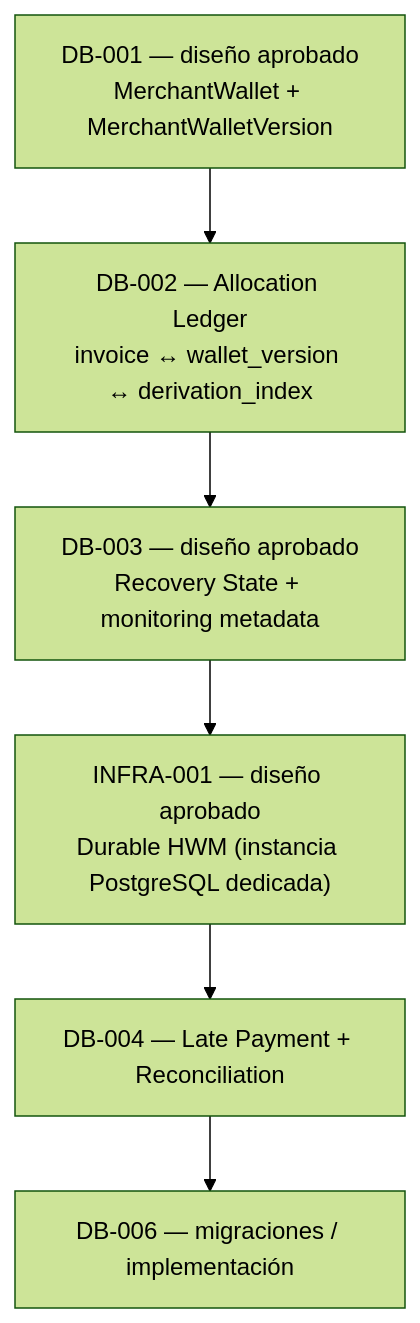
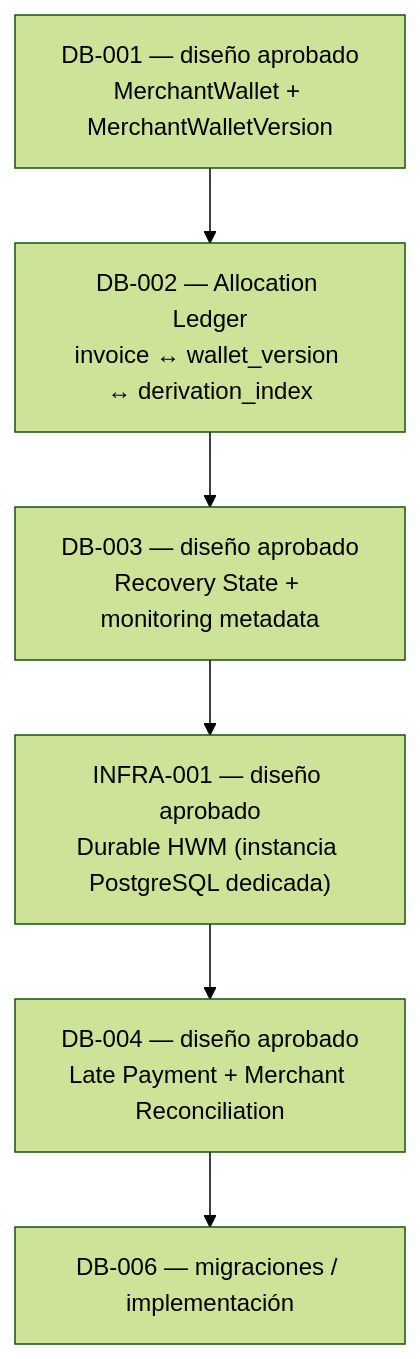
The diagram in docs/architecture/15-future-roadmap.md (arcenioLupin/floweypay), drawn with Mermaid (forest theme) before and after one commit. The commit also changed other lines of this file and 7 other files, not shown here.

Commit message:
docs: define late payment and merchant reconciliation model

````diff
--- a/docs/architecture/15-future-roadmap.md
+++ b/docs/architecture/15-future-roadmap.md
@@ -32,10 +32,10 @@
 ```mermaid
 flowchart TB
     DB001["DB-001 — diseño aprobado<br/>MerchantWallet + MerchantWalletVersion"]
     DB002["DB-002 — Allocation Ledger<br/>invoice ↔ wallet_version ↔ derivation_index"]
     DB003["DB-003 — diseño aprobado<br/>Recovery State + monitoring metadata"]
     INFRA001["INFRA-001 — diseño aprobado<br/>Durable HWM (instancia PostgreSQL dedicada)"]
-    DB004["DB-004 — Late Payment + Reconciliation"]
+    DB004["DB-004 — diseño aprobado<br/>Late Payment + Merchant Reconciliation"]
     DB006["DB-006 — migraciones / implementación"]
     DB001 --> DB002 --> DB003 --> INFRA001 --> DB004 --> DB006
 ```
````
